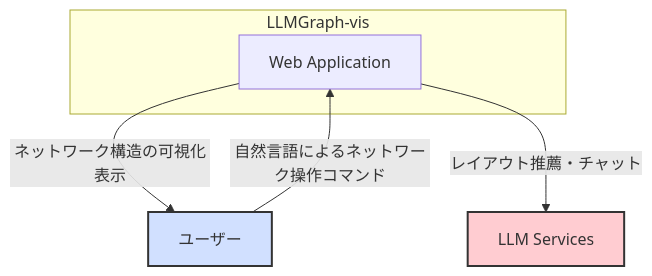
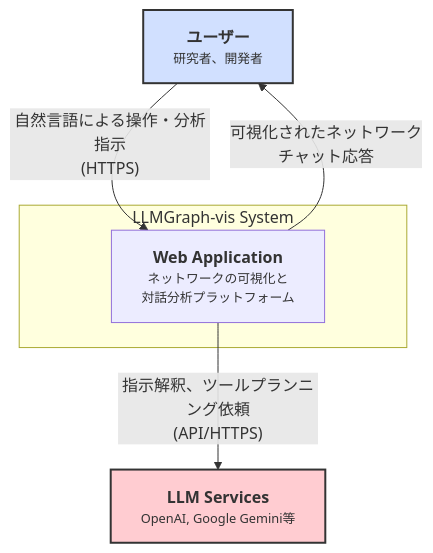
The first of 2 diagrams in specification/2_Technical_Details/0_Architecture.md (vdslab/LLMGraphvis), drawn with Mermaid before and after one commit. The commit also changed other lines of this file and 5 other files, not shown here.

First line of the commit message:
Docs: Enhance visual elements and clarify architecture details

````diff
--- a/specification/2_Technical_Details/0_Architecture.md
+++ b/specification/2_Technical_Details/0_Architecture.md
@@ -15,13 +15,17 @@
 ```mermaid
 graph TD
-    subgraph "LLMGraph-vis"
-        webApplication["Web Application"]
+    user[<div style="font-weight:bold">ユーザー</div><div style="font-size: 80%;">研究者、開発者</div>]
+    
+    subgraph "LLMGraph-vis System"
+        webApplication["<div style="font-weight:bold">Web Application</div><div style="font-size: 80%;">ネットワークの可視化と<br/>対話分析プラットフォーム</div>"]
     end
 
-    user["ユーザー"] -- "自然言語によるネットワーク操作コマンド" --> webApplication
-    webApplication -- "ネットワーク構造の可視化表示" --> user
-    webApplication -- "レイアウト推薦・チャット" --> llmServices["LLM Services"]
+    llmServices[<div style="font-weight:bold">LLM Services</div><div style="font-size: 80%;">OpenAI, Google Gemini等</div>]
+
+    user -- "自然言語による操作・分析指示<br/>(HTTPS)" --> webApplication
+    webApplication -- "可視化されたネットワーク<br/>チャット応答" --> user
+    webApplication -- "指示解釈、ツールプランニング依頼<br/>(API/HTTPS)" --> llmServices
 
     style user fill:#d1e0ff,stroke:#333,stroke-width:2px
     style llmServices fill:#ffccd1,stroke:#333,stroke-width:2px
 ```
````
